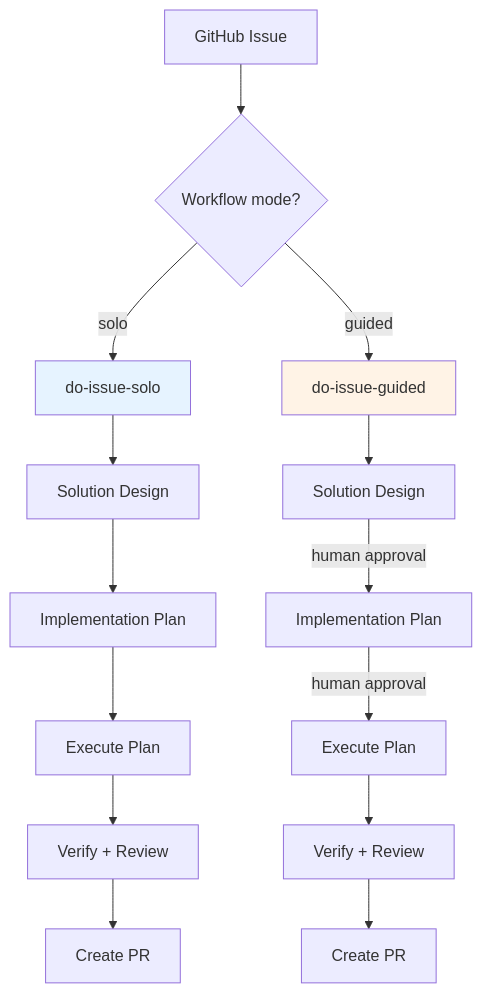
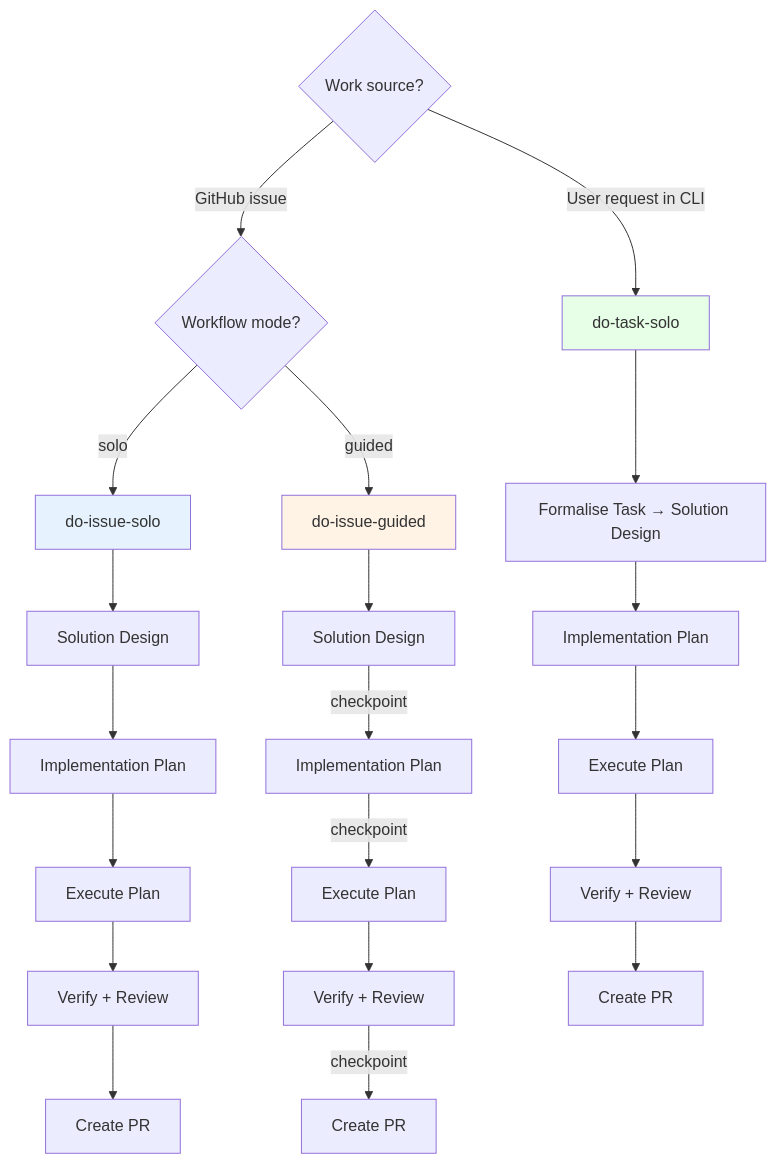
The second of 2 diagrams in docs/architecture.md (thermiteau/maverick), drawn with Mermaid before and after one commit. The commit also changed other lines of this file and 4 other files, not shown here.

````diff
--- a/docs/architecture.md
+++ b/docs/architecture.md
@@ -65,22 +65,32 @@
 ```mermaid
 flowchart TD
-    ISSUE["GitHub Issue"] --> MODE{"Workflow mode?"}
+    SOURCE{"Work source?"}
 
-    MODE -->|"solo"| SOLO["do-issue-solo"]
-    MODE -->|"guided"| GUIDED["do-issue-guided"]
+    SOURCE -->|"GitHub issue"| ISSUEMODE{"Workflow mode?"}
+    SOURCE -->|"User request in CLI"| TASK["do-task-solo"]
+
+    ISSUEMODE -->|"solo"| SOLO["do-issue-solo"]
+    ISSUEMODE -->|"guided"| GUIDED["do-issue-guided"]
 
     SOLO --> SD1["Solution Design"]
     SD1 --> IP1["Implementation Plan"]
     IP1 --> EXEC1["Execute Plan"]
     EXEC1 --> VERIFY1["Verify + Review"]
     VERIFY1 --> PR1["Create PR"]
 
     GUIDED --> SD2["Solution Design"]
-    SD2 -->|"human approval"| IP2["Implementation Plan"]
-    IP2 -->|"human approval"| EXEC2["Execute Plan"]
+    SD2 -->|"checkpoint"| IP2["Implementation Plan"]
+    IP2 -->|"checkpoint"| EXEC2["Execute Plan"]
     EXEC2 --> VERIFY2["Verify + Review"]
-    VERIFY2 --> PR2["Create PR"]
+    VERIFY2 -->|"checkpoint"| PR2["Create PR"]
+
+    TASK --> SD3["Formalise Task → Solution Design"]
+    SD3 --> IP3["Implementation Plan"]
+    IP3 --> EXEC3["Execute Plan"]
+    EXEC3 --> VERIFY3["Verify + Review"]
+    VERIFY3 --> PR3["Create PR"]
 
     style SOLO fill:#e6f3ff
     style GUIDED fill:#fff3e6
+    style TASK fill:#e6ffe6
 ```
````
